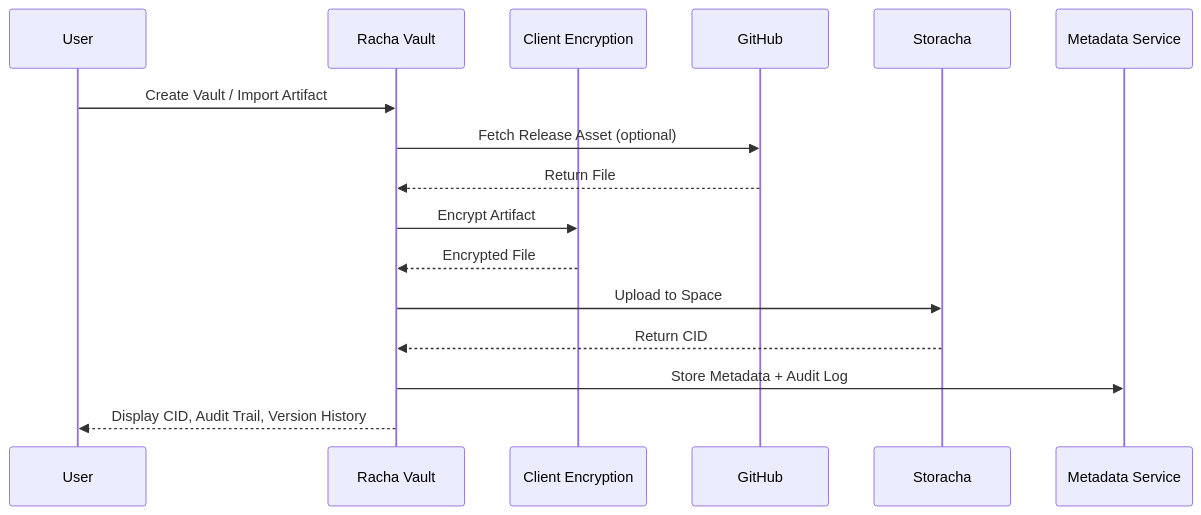
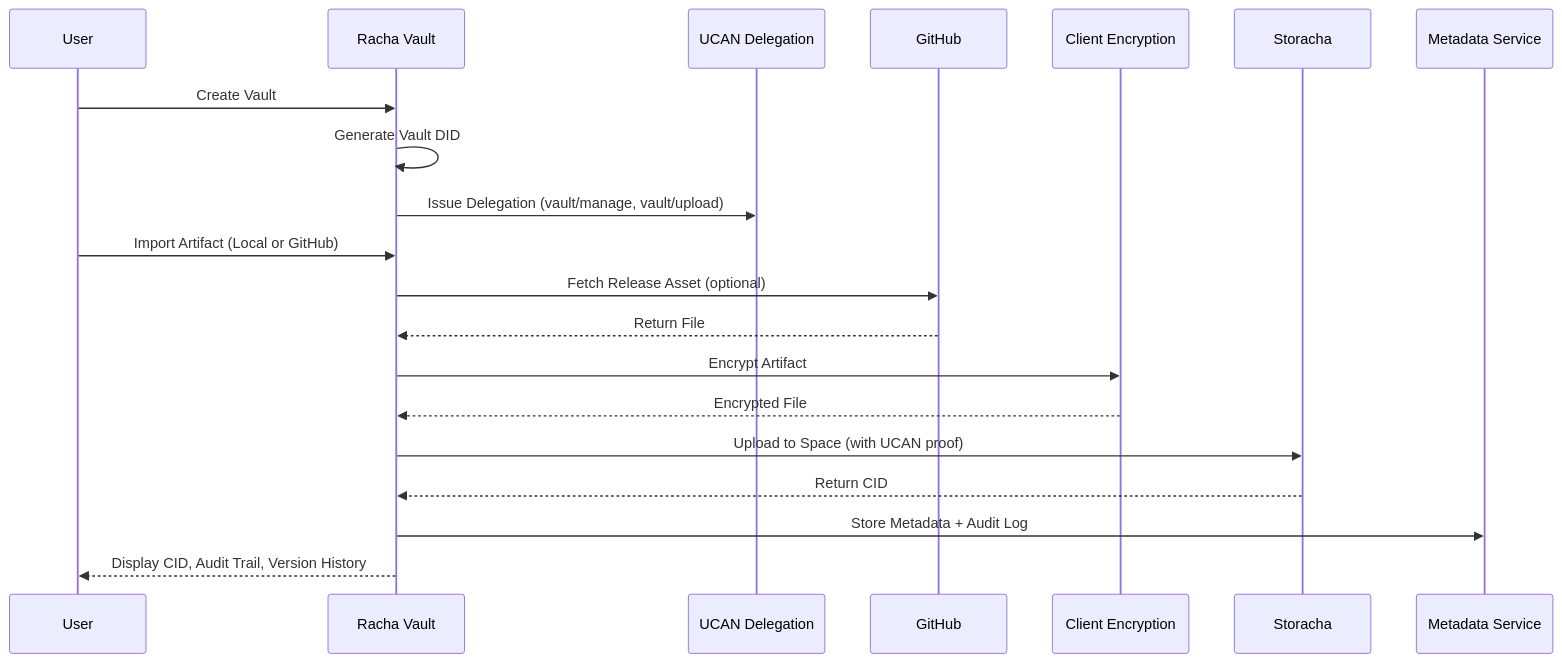
One commit to Fatumayattani/racha-vault changed the diagram in docs/architecture.md. Above: the diagram before and after it, drawn with Mermaid. The commit also changed other lines of this file, not shown here.

Commit message:
docs: update architecture.md with Vault DID model, UCAN authorization layer, and revised system flow

````diff
--- a/docs/architecture.md
+++ b/docs/architecture.md
@@ -109,19 +155,23 @@
 ```mermaid
 sequenceDiagram
     participant User
     participant VaultApp as Racha Vault
+    participant UCAN as UCAN Delegation
+    participant GitHub
     participant Crypto as Client Encryption
-    participant GitHub
     participant Storacha
     participant Backend as Metadata Service
 
-    User->>VaultApp: Create Vault / Import Artifact
+    User->>VaultApp: Create Vault
+    VaultApp->>VaultApp: Generate Vault DID
+    VaultApp->>UCAN: Issue Delegation (vault/manage, vault/upload)
+    User->>VaultApp: Import Artifact (Local or GitHub)
     VaultApp->>GitHub: Fetch Release Asset (optional)
     GitHub-->>VaultApp: Return File
     VaultApp->>Crypto: Encrypt Artifact
     Crypto-->>VaultApp: Encrypted File
-    VaultApp->>Storacha: Upload to Space
+    VaultApp->>Storacha: Upload to Space (with UCAN proof)
     Storacha-->>VaultApp: Return CID
     VaultApp->>Backend: Store Metadata + Audit Log
     VaultApp-->>User: Display CID, Audit Trail, Version History
 ```
````
